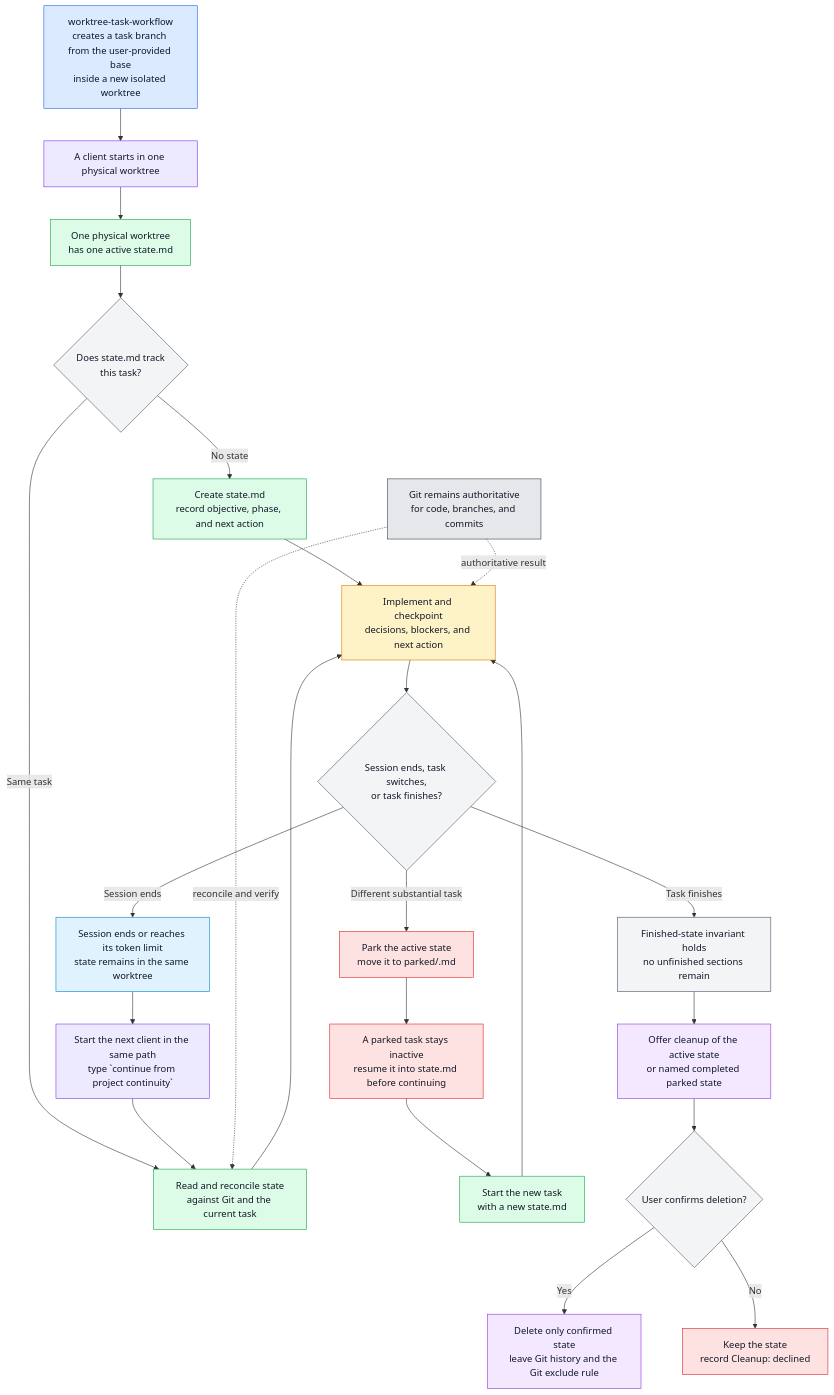
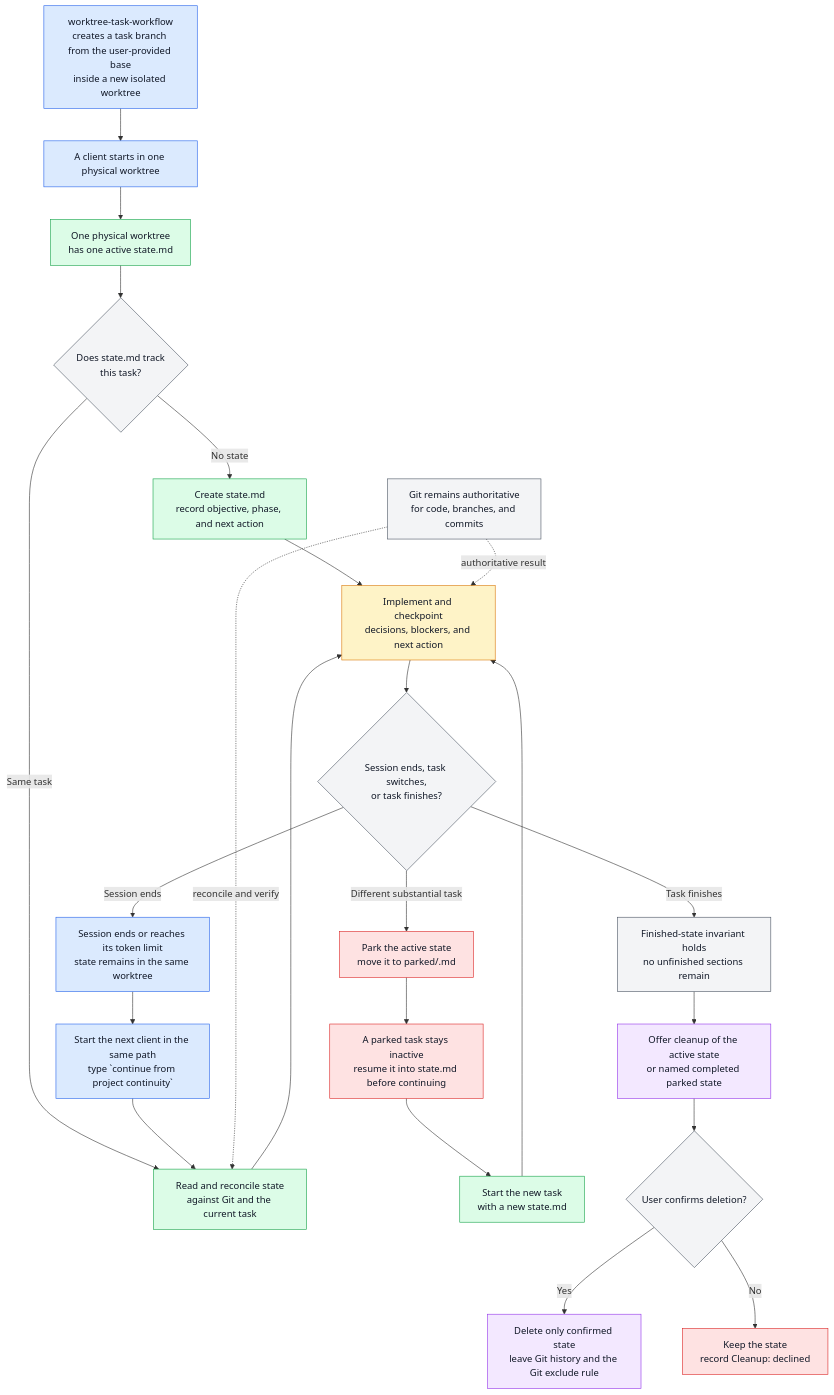
The second of 4 diagrams in README.md (sherrilla71940/personal-agentic-dev-environment), drawn with Mermaid before and after one commit. The commit also changed other lines of this file and 1 other file, not shown here.

Commit message:
docs(readme): align Mermaid diagram styling
- apply one semantic palette across every figure\n- document the shared colors in both README languages

````diff
--- a/README.md
+++ b/README.md
@@ -219,45 +234,42 @@
 ```mermaid
 %%{init: {"flowchart": {"useMaxWidth": false, "nodeSpacing": 70, "rankSpacing": 55}}}%%
 flowchart TD
-    workflow["worktree-task-workflow<br/>creates a task branch from the user-provided base<br/>inside a new isolated worktree"]:::workflow
-    start["A client starts in one physical worktree"]:::client
-    scope["One physical worktree<br/>has one active state.md"]:::state
-    check{"Does state.md track<br/>this task?"}:::decision
-    create["Create state.md<br/>record objective, phase, and next action"]:::state
-    resume["Read and reconcile state<br/>against Git and the current task"]:::state
+    workflow["worktree-task-workflow<br/>creates a task branch from the user-provided base<br/>inside a new isolated worktree"]:::input
+    start["A client starts in one physical worktree"]:::input
+    scope["One physical worktree<br/>has one active state.md"]:::output
+    check{"Does state.md track<br/>this task?"}:::control
+    create["Create state.md<br/>record objective, phase, and next action"]:::output
+    resume["Read and reconcile state<br/>against Git and the current task"]:::output
     work["Implement and checkpoint<br/>decisions, blockers, and next action"]:::work
-    event{"Session ends, task switches,<br/>or task finishes?"}:::decision
-    handoff["Session ends or reaches its token limit<br/>state remains in the same worktree"]:::handoff
-    nextClient["Start the next client in the same path<br/>type `continue from project continuity`"]:::client
-    park["Park the active state<br/>move it to parked/<slug>.md"]:::parked
-    parkedRule["A parked task stays inactive<br/>resume it into state.md before continuing"]:::parked
-    newState["Start the new task<br/>with a new state.md"]:::state
-    complete["Finished-state invariant holds<br/>no unfinished sections remain"]:::decision
-    offer["Offer cleanup of the active state<br/>or named completed parked state"]:::cleanup
-    confirm{"User confirms deletion?"}:::decision
-    delete["Delete only confirmed state<br/>leave Git history and the Git exclude rule"]:::cleanup
-    retain["Keep the state<br/>record Cleanup: declined"]:::parked
-    git["Git remains authoritative<br/>for code, branches, and commits"]:::git
+    event{"Session ends, task switches,<br/>or task finishes?"}:::control
+    handoff["Session ends or reaches its token limit<br/>state remains in the same worktree"]:::input
+    nextClient["Start the next client in the same path<br/>type `continue from project continuity`"]:::input
+    park["Park the active state<br/>move it to parked/<slug>.md"]:::exception
+    parkedRule["A parked task stays inactive<br/>resume it into state.md before continuing"]:::exception
+    newState["Start the new task<br/>with a new state.md"]:::output
+    complete["Finished-state invariant holds<br/>no unfinished sections remain"]:::control
+    offer["Offer cleanup of the active state<br/>or named completed parked state"]:::orchestration
+    confirm{"User confirms deletion?"}:::control
+    delete["Delete only confirmed state<br/>leave Git history and the Git exclude rule"]:::orchestration
+    retain["Keep the state<br/>record Cleanup: declined"]:::exception
+    git["Git remains authoritative<br/>for code, branches, and commits"]:::control
 
     workflow --> start --> scope --> check
     check -->|"No state"| create --> work
     check -->|"Same task"| resume --> work
     work --> event
     event -->|"Session ends"| handoff --> nextClient --> resume
     event -->|"Different substantial task"| park --> parkedRule --> newState --> work
     event -->|"Task finishes"| complete --> offer --> confirm
     confirm -->|"Yes"| delete
     confirm -->|"No"| retain
     git -.->|"reconcile and verify"| resume
     git -.->|"authoritative result"| work
 
-    classDef workflow fill:#dbeafe,stroke:#2563eb,color:#111827
-    classDef client fill:#ede9fe,stroke:#7c3aed,color:#111827
-    classDef state fill:#dcfce7,stroke:#16a34a,color:#111827
+    classDef input fill:#dbeafe,stroke:#2563eb,color:#111827
+    classDef orchestration fill:#f3e8ff,stroke:#9333ea,color:#111827
+    classDef output fill:#dcfce7,stroke:#16a34a,color:#111827
     classDef work fill:#fef3c7,stroke:#d97706,color:#111827
-    classDef handoff fill:#e0f2fe,stroke:#0284c7,color:#111827
-    classDef parked fill:#fee2e2,stroke:#dc2626,color:#111827
-    classDef cleanup fill:#f3e8ff,stroke:#9333ea,color:#111827
-    classDef decision fill:#f3f4f6,stroke:#4b5563,color:#111827
-    classDef git fill:#e5e7eb,stroke:#374151,color:#111827
+    classDef control fill:#f3f4f6,stroke:#4b5563,color:#111827
+    classDef exception fill:#fee2e2,stroke:#dc2626,color:#111827
 ```
````
